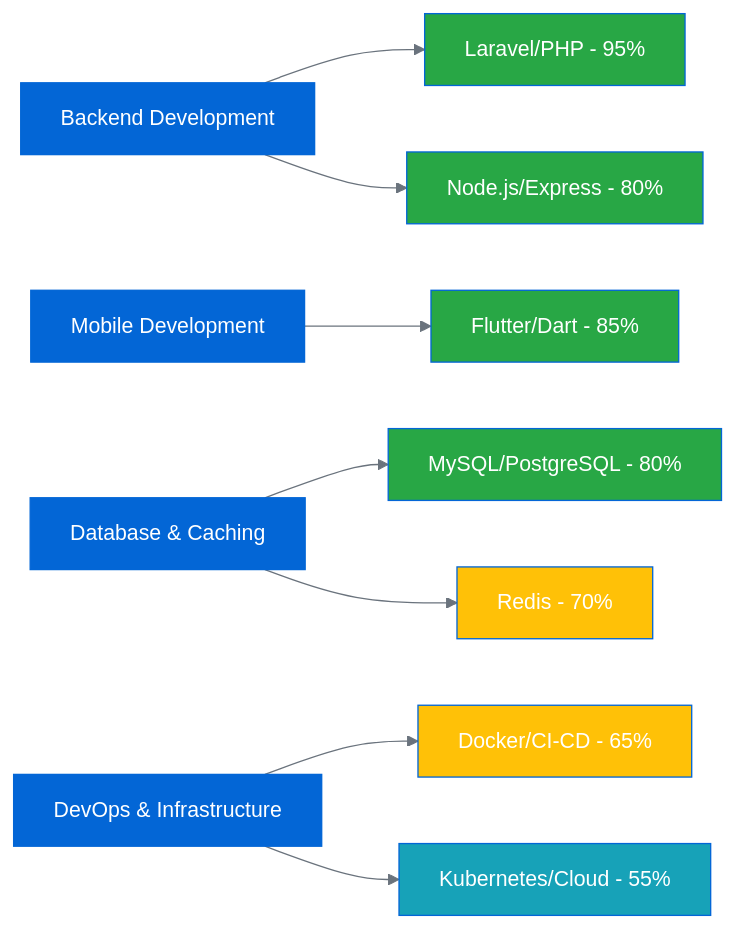
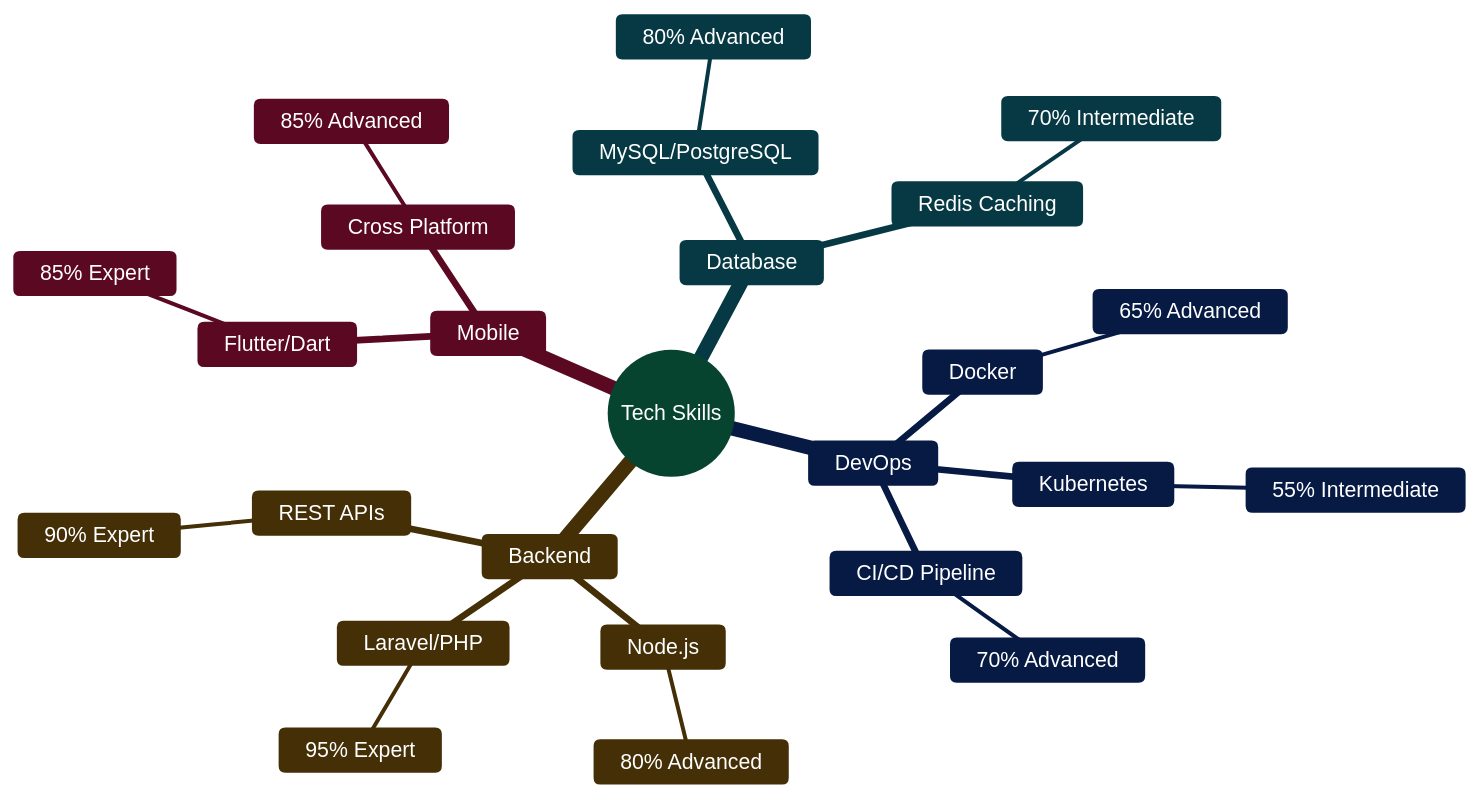
One commit to eliteio01/eliteio01 changed the first of 2 diagrams in README.md. Above: the diagram before and after it, drawn with Mermaid. The commit also changed other lines of this file, not shown here.

````diff
--- a/README.md
+++ b/README.md
@@ -48,22 +48,39 @@
 ```mermaid
-%%{init: {'theme':'base', 'themeVariables': { 'primaryColor':'#0366d6','primaryTextColor':'#fff','primaryBorderColor':'#0366d6','lineColor':'#6a737d','secondaryColor':'#f6f8fa','tertiaryColor':'#fff'}}}%%
-graph LR
-    A[Backend Development] --> B[Laravel/PHP - 95%]
-    A --> C[Node.js/Express - 80%]
-    
-    D[Mobile Development] --> E[Flutter/Dart - 85%]
-    
-    F[Database & Caching] --> G[MySQL/PostgreSQL - 80%]
-    F --> H[Redis - 70%]
-    
-    I[DevOps & Infrastructure] --> J[Docker/CI-CD - 65%]
-    I --> K[Kubernetes/Cloud - 55%]
-    
-    style B fill:#28a745
-    style E fill:#28a745
-    style C fill:#28a745
-    style G fill:#28a745
-    style H fill:#ffc107
-    style J fill:#ffc107
-    style K fill:#17a2b8
+%%{init: {'theme':'base', 'themeVariables': {'primaryColor':'#10b981','primaryTextColor':'#fff','primaryBorderColor':'#059669','fontSize':'16px'}}}%%
+mindmap
+  root((Tech Skills))
+    Backend
+      Laravel/PHP
+        ::icon(fas fa-server)
+        95% Expert
+      Node.js
+        ::icon(fas fa-node)
+        80% Advanced
+      REST APIs
+        ::icon(fas fa-code)
+        90% Expert
+    Mobile
+      Flutter/Dart
+        ::icon(fas fa-mobile)
+        85% Expert
+      Cross Platform
+        ::icon(fas fa-sync)
+        85% Advanced
+    Database
+      MySQL/PostgreSQL
+        ::icon(fas fa-database)
+        80% Advanced
+      Redis Caching
+        ::icon(fas fa-bolt)
+        70% Intermediate
+    DevOps
+      Docker
+        ::icon(fab fa-docker)
+        65% Advanced
+      Kubernetes
+        ::icon(fas fa-dharmachakra)
+        55% Intermediate
+      CI/CD Pipeline
+        ::icon(fas fa-rocket)
+        70% Advanced
 ```
````
